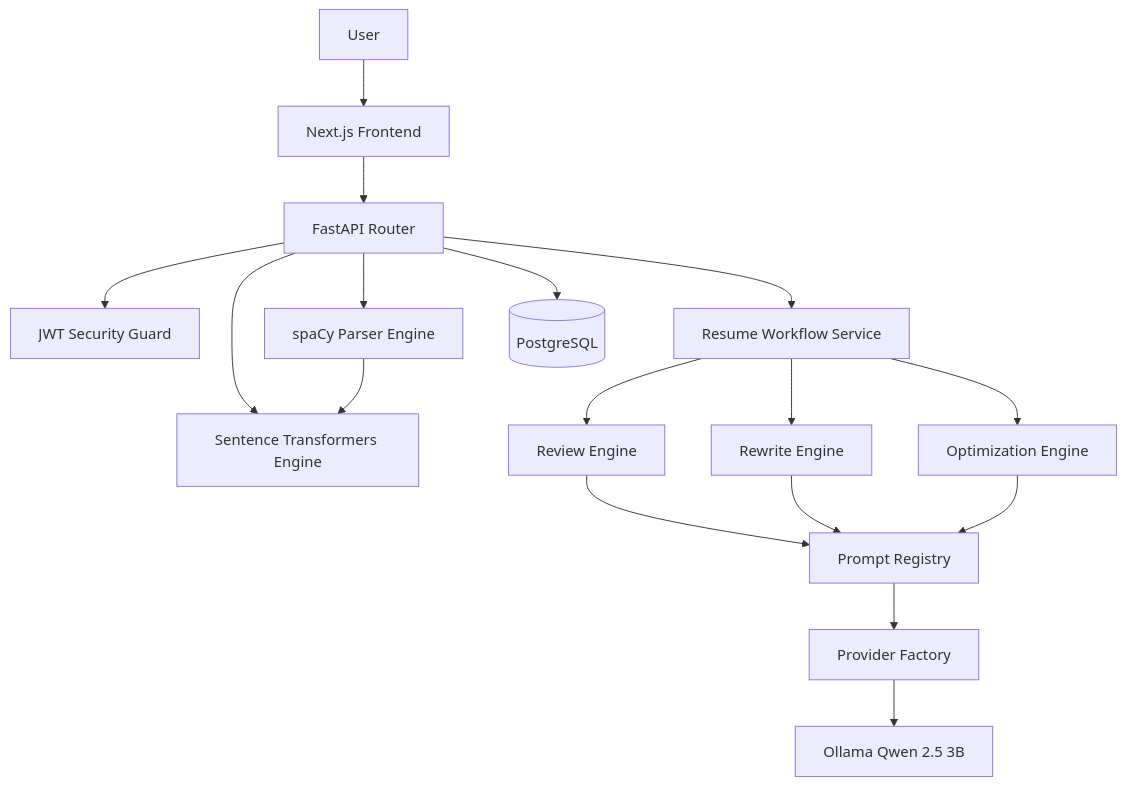
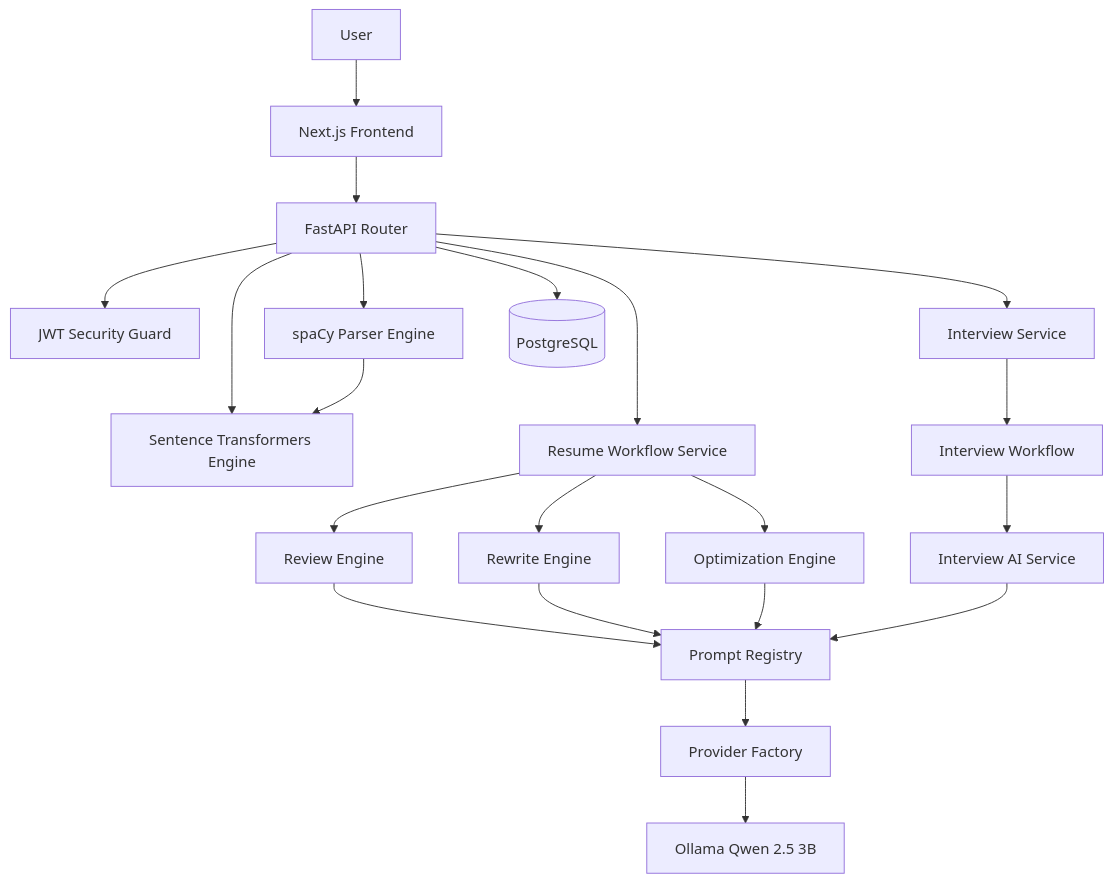
Before and after one commit to Dipakk7/Scorelia: the diagram in README.md, drawn with Mermaid. The commit also changed other lines of this file and 51 other files, not shown here.

````diff
--- a/README.md
+++ b/README.md
@@ -57,25 +57,30 @@
 ```mermaid
 graph TD
     User[User] --> Frontend[Next.js Frontend]
     Frontend --> API[FastAPI Router]
 
     API --> Auth[JWT Security Guard]
     API --> Parser[spaCy Parser Engine]
     API --> Embedding[Sentence Transformers Engine]
     API --> Workflow[Resume Workflow Service]
+    API --> Interview[Interview Service]
 
     Parser --> Embedding
 
     Workflow --> Review[Review Engine]
     Workflow --> Rewrite[Rewrite Engine]
     Workflow --> Optimize[Optimization Engine]
 
     Review --> Registry[Prompt Registry]
     Rewrite --> Registry
     Optimize --> Registry
 
+    Interview --> InterviewWorkflow[Interview Workflow]
+    InterviewWorkflow --> InterviewAI[Interview AI Service]
+    InterviewAI --> Registry
+
     Registry --> Factory[Provider Factory]
     Factory --> Ollama[Ollama Qwen 2.5 3B]
 
     API --> DB[(PostgreSQL)]
 ```
````
